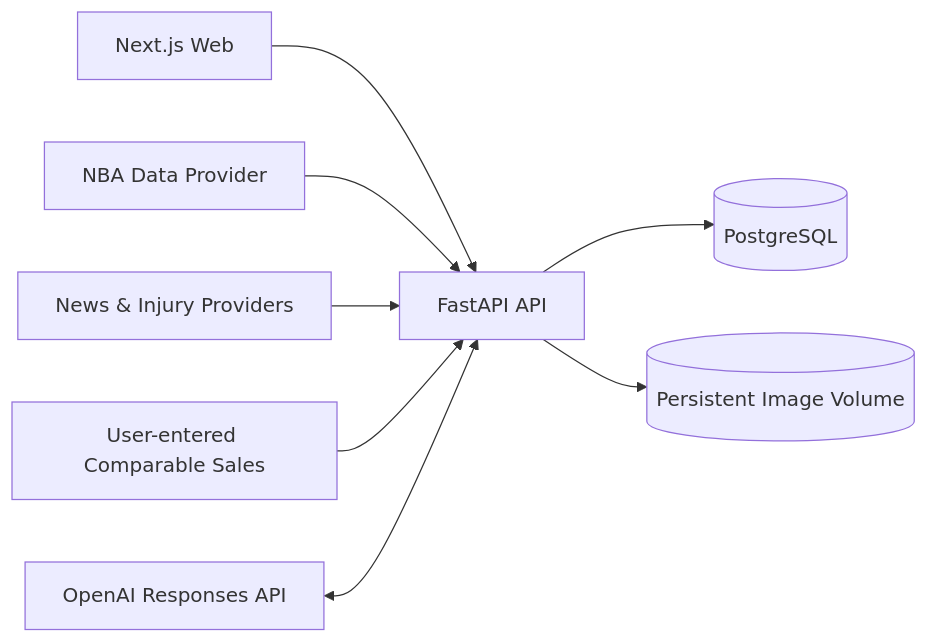
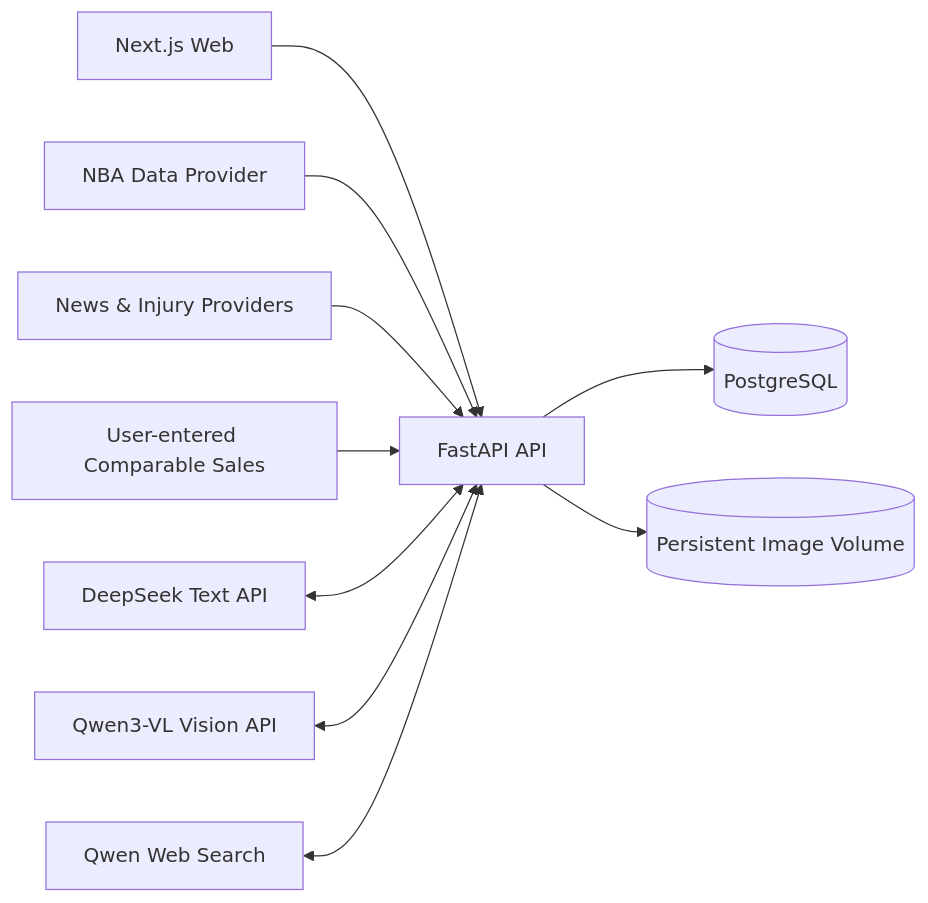
Before and after one commit to youruncle/card_platform: the diagram in docs/architecture.md, drawn with Mermaid. The commit also changed 20 other files, not shown here.

````diff
--- a/docs/architecture.md
+++ b/docs/architecture.md
@@ -13,10 +13,12 @@
 ```mermaid
 flowchart LR
   WEB["Next.js Web"] --> API["FastAPI API"]
   API --> PG[(PostgreSQL)]
   API --> IMG[(Persistent Image Volume)]
   NBA["NBA Data Provider"] --> API
   NEWS["News & Injury Providers"] --> API
   MARKET["User-entered Comparable Sales"] --> API
-  AI["OpenAI Responses API"] <--> API
+  AI["DeepSeek Text API"] <--> API
+  VISION["Qwen3-VL Vision API"] <--> API
+  SEARCH["Qwen Web Search"] <--> API
 ```
````
